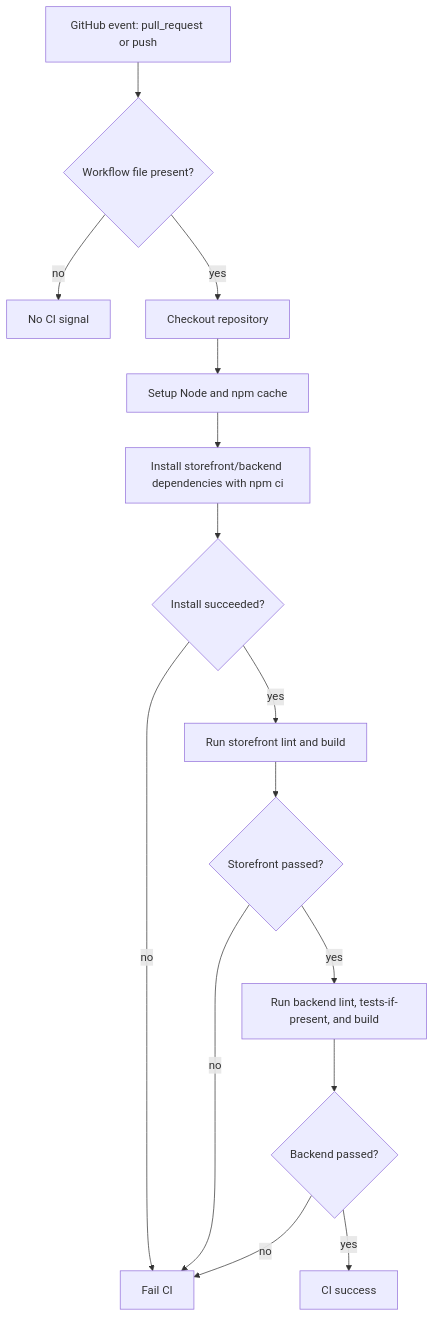
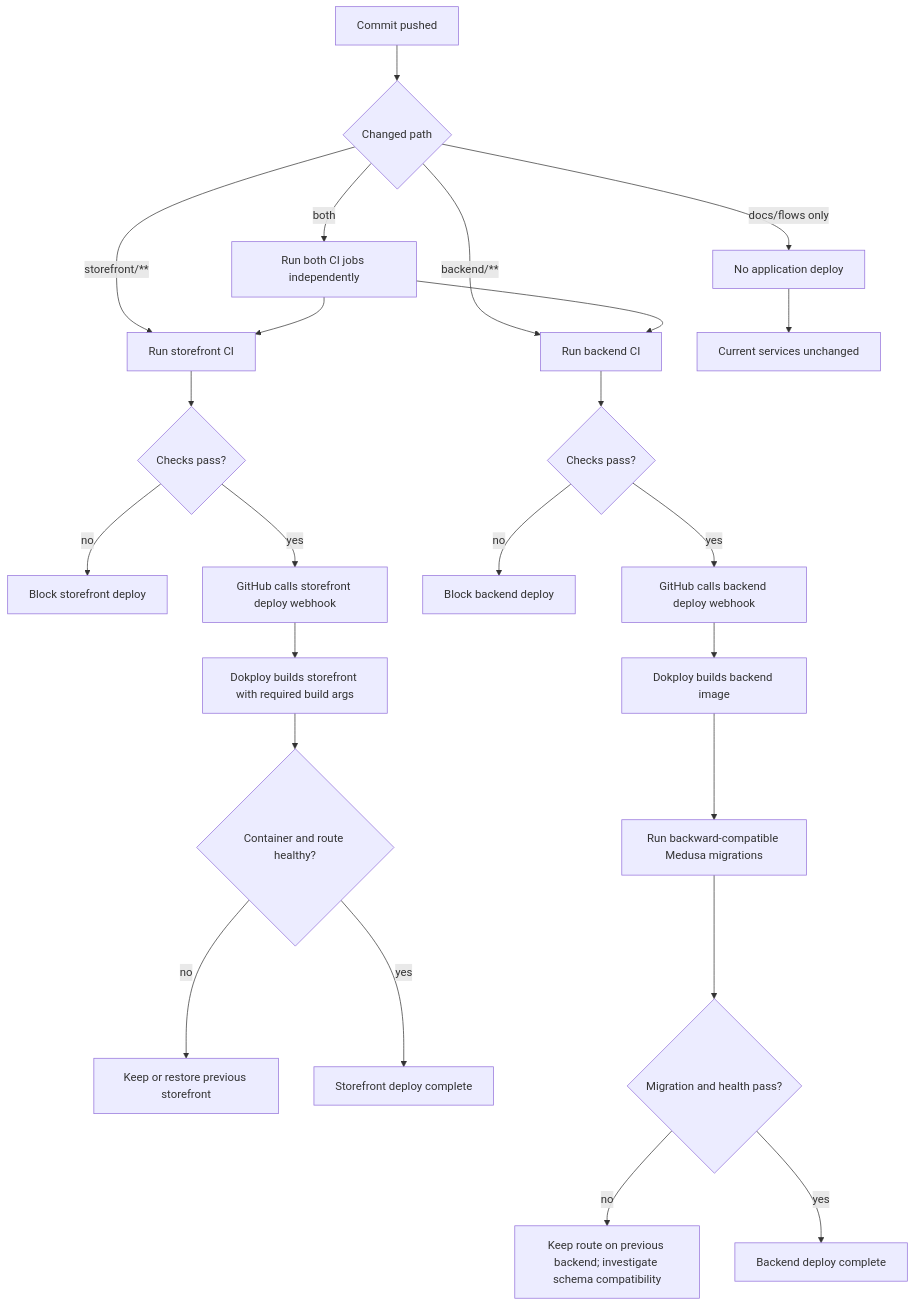
Before and after one commit to AtoshaKartosha/sunluk: the first of 3 diagrams in flows/integrations/ci-cd.md, drawn with Mermaid. The commit also changed other lines of this file and 2 other files, not shown here.

Commit message:
docs(flows): define site content and independent deploy flows

````diff
--- a/flows/integrations/ci-cd.md
+++ b/flows/integrations/ci-cd.md
@@ -71,17 +61,26 @@
 ```mermaid
 flowchart TD
-  A[GitHub event: pull_request or push] --> B{Workflow file present?}
-  B -->|no| C[No CI signal]
-  B -->|yes| D[Checkout repository]
-  D --> E[Setup Node and npm cache]
-  E --> F[Install storefront/backend dependencies with npm ci]
-  F --> G{Install succeeded?}
-  G -->|no| X[Fail CI]
-  G -->|yes| H[Run storefront lint and build]
-  H --> I{Storefront passed?}
-  I -->|no| X
-  I -->|yes| J[Run backend lint, tests-if-present, and build]
-  J --> K{Backend passed?}
-  K -->|no| X
-  K -->|yes| L[CI success]
+  A[Commit pushed] --> B{Changed path}
+  B -->|storefront/**| S1[Run storefront CI]
+  B -->|backend/**| B1[Run backend CI]
+  B -->|both| P[Run both CI jobs independently]
+  B -->|docs/flows only| N[No application deploy]
+  S1 --> S2{Checks pass?}
+  S2 -->|no| X1[Block storefront deploy]
+  S2 -->|yes| S3[GitHub calls storefront deploy webhook]
+  S3 --> S4[Dokploy builds storefront with required build args]
+  S4 --> S5{Container and route healthy?}
+  S5 -->|no| X2[Keep or restore previous storefront]
+  S5 -->|yes| S6[Storefront deploy complete]
+  B1 --> B2{Checks pass?}
+  B2 -->|no| X3[Block backend deploy]
+  B2 -->|yes| B3[GitHub calls backend deploy webhook]
+  B3 --> B4[Dokploy builds backend image]
+  B4 --> B5[Run backward-compatible Medusa migrations]
+  B5 --> B6{Migration and health pass?}
+  B6 -->|no| X4[Keep route on previous backend; investigate schema compatibility]
+  B6 -->|yes| B7[Backend deploy complete]
+  P --> S1
+  P --> B1
+  N --> Z[Current services unchanged]
 ```
````
